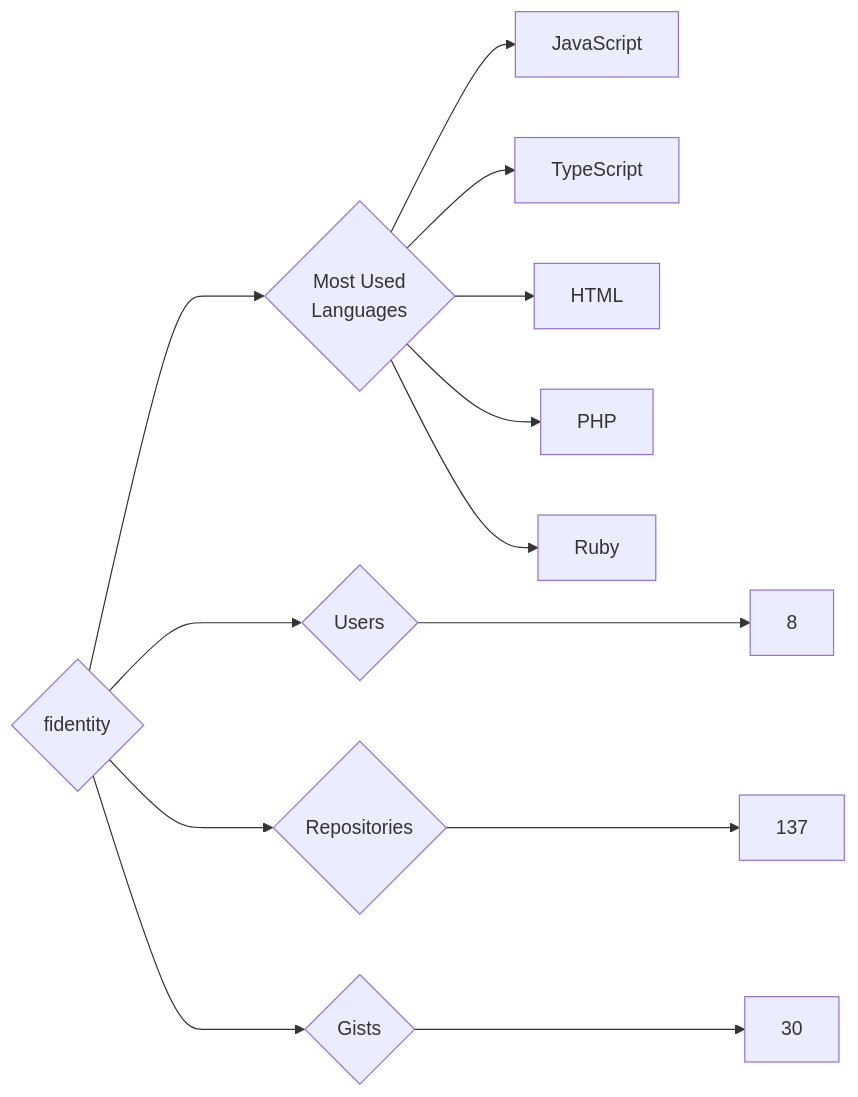
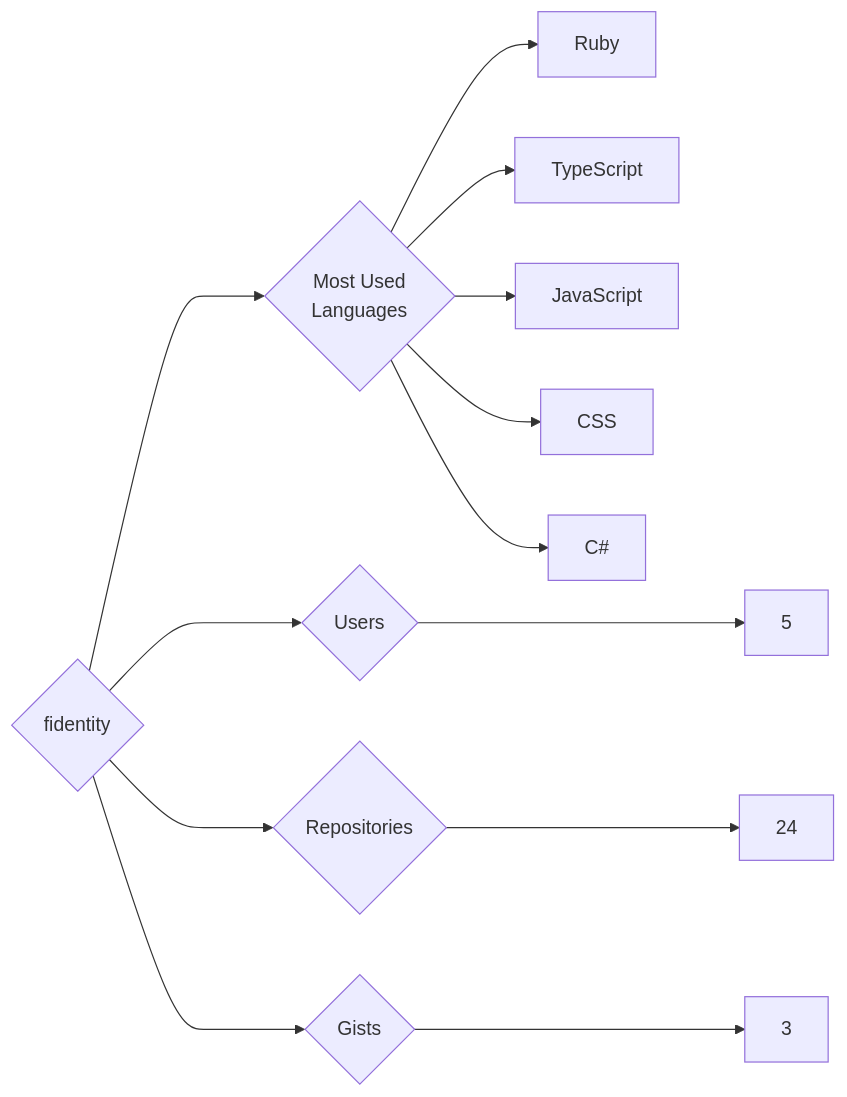
Before and after one commit to trickest/insiders: the diagram in targets/fidentity/README.md, drawn with Mermaid. The commit also changed 1036 other files, not shown here.

````diff
--- a/targets/fidentity/README.md
+++ b/targets/fidentity/README.md
@@ -3,13 +3,13 @@
 ```mermaid
 graph LR
 COMPANY_NAME{fidentity}
-COMPANY_NAME ---> U{Users} ---> UN[8]
-COMPANY_NAME ---> R{Repositories} ---> RN[137]
-COMPANY_NAME ---> G{Gists} ---> GN[30]
+COMPANY_NAME ---> U{Users} ---> UN[5]
+COMPANY_NAME ---> R{Repositories} ---> RN[24]
+COMPANY_NAME ---> G{Gists} ---> GN[3]
 COMPANY_NAME ---> ML{Most Used<br>Languages}
+ML --> Ruby[Ruby]
+ML --> TypeScript[TypeScript]
 ML --> JavaScript[JavaScript]
-ML --> TypeScript[TypeScript]
-ML --> HTML[HTML]
-ML --> PHP[PHP]
-ML --> Ruby[Ruby]
+ML --> CSS[CSS]
+ML --> C#[C#]
 ```
````
